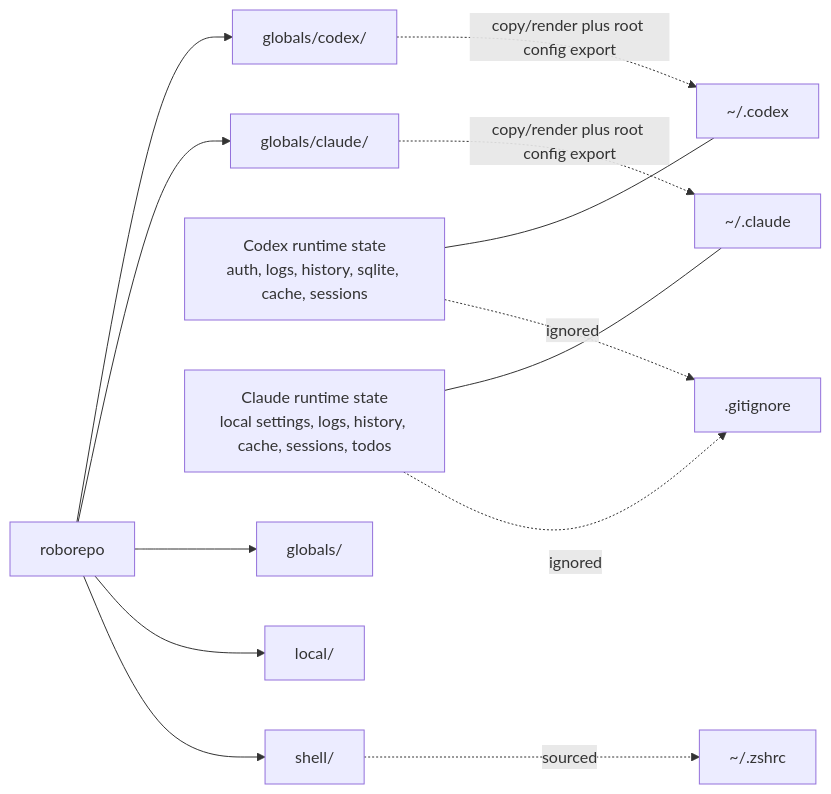
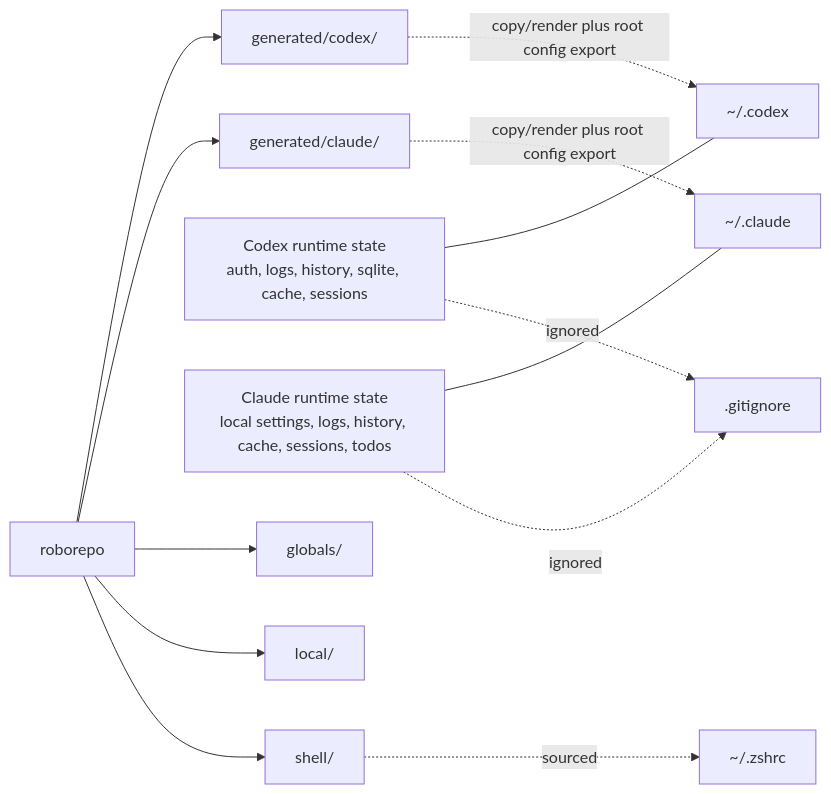
Before and after one commit to kirinmurphy/harness_configs: the first of 2 diagrams in docs/reference/services/architecture.md, drawn with Mermaid. The commit also changed other lines of this file and 114 other files, not shown here.

````diff
--- a/docs/reference/services/architecture.md
+++ b/docs/reference/services/architecture.md
@@ -5,31 +5,31 @@
 ```mermaid
 flowchart LR
   repo["roborepo"]
-  codexRepo["globals/codex/"]
-  claudeRepo["globals/claude/"]
+  codexGen["generated/codex/"]
+  claudeGen["generated/claude/"]
   codexHome["~/.codex"]
   claudeHome["~/.claude"]
   codexRuntime["Codex runtime state<br/>auth, logs, history, sqlite, cache, sessions"]
   claudeRuntime["Claude runtime state<br/>local settings, logs, history, cache, sessions, todos"]
 
-  repo --> codexRepo
-  repo --> claudeRepo
+  repo --> codexGen
+  repo --> claudeGen
 
-  codexRepo -. copy/render plus root config export .-> codexHome
-  claudeRepo -. copy/render plus root config export .-> claudeHome
+  codexGen -. copy/render plus root config export .-> codexHome
+  claudeGen -. copy/render plus root config export .-> claudeHome
 
   codexRuntime --- codexHome
   claudeRuntime --- claudeHome
 
   codexRuntime -. ignored .-> gitignore[".gitignore"]
   claudeRuntime -. ignored .-> gitignore
 
   shellRepo["shell/"]
   globalsRepo["globals/"]
   localRepo["local/"]
   zshrc["~/.zshrc"]
   repo --> globalsRepo
   repo --> localRepo
   repo --> shellRepo
   shellRepo -. sourced .-> zshrc
 ```
````
